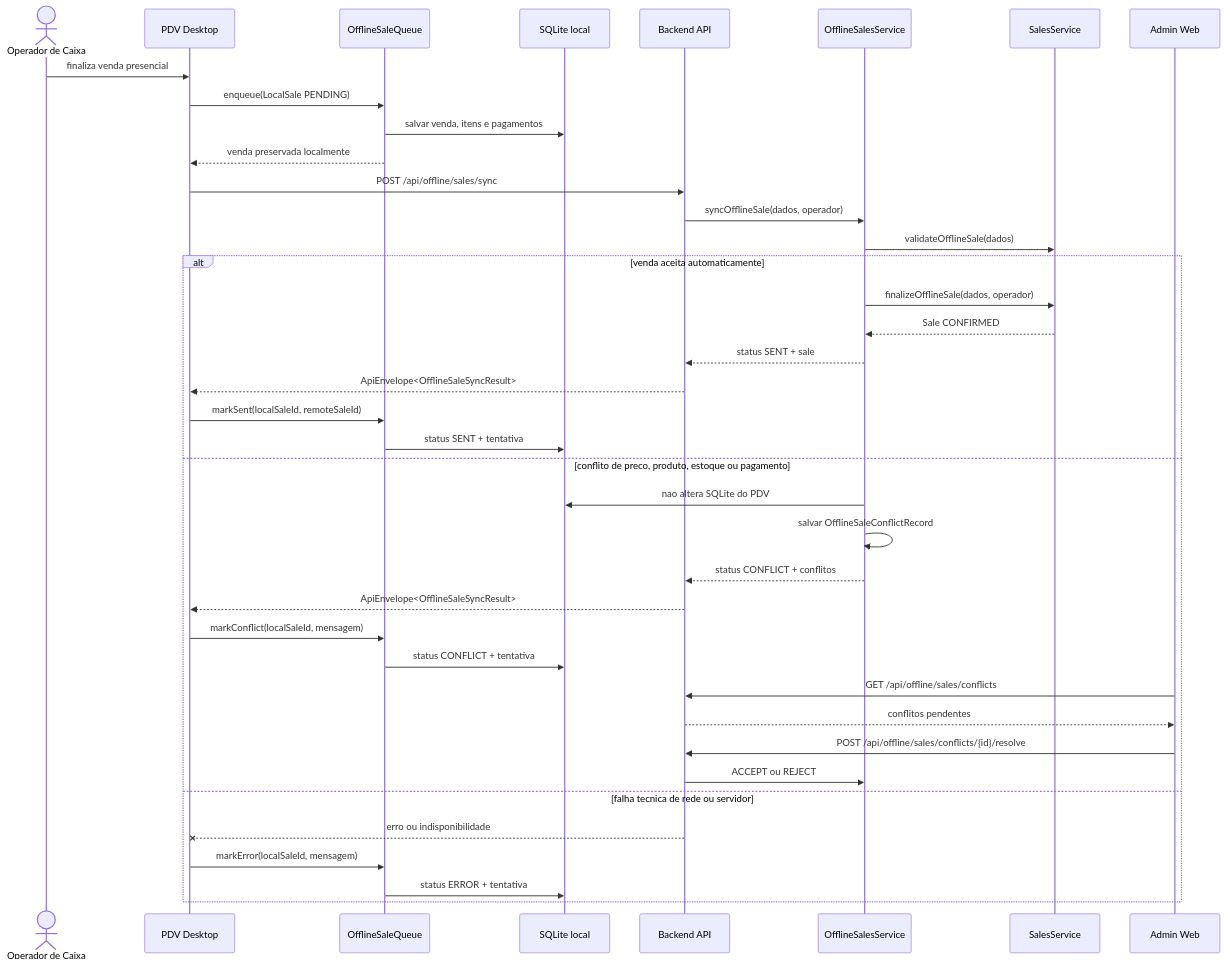
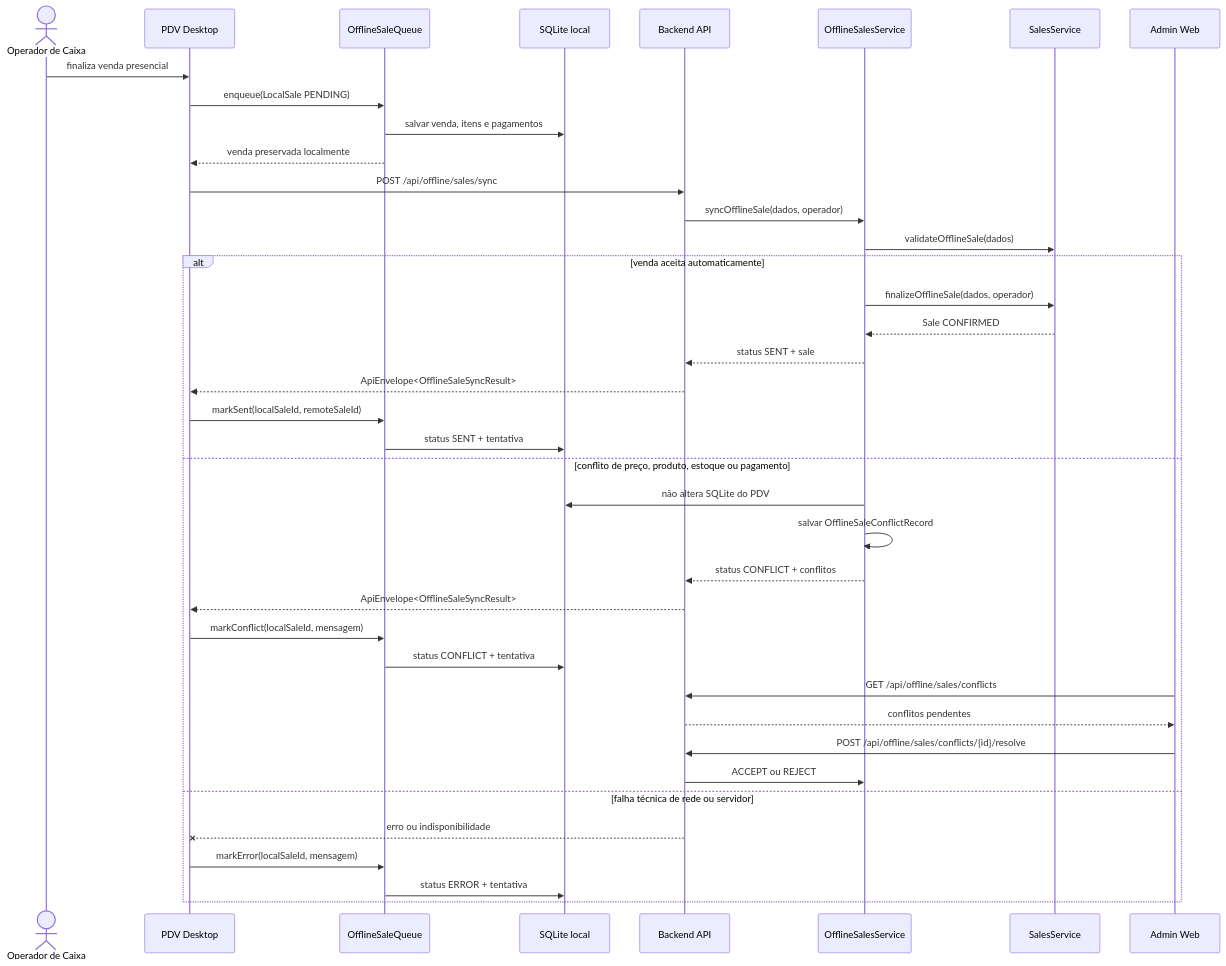
Before and after one commit to Fatech-Ypiranga/Mercado-One-Java: the seventh of 9 diagrams in docs/diagramas.md, drawn with Mermaid. The commit also changed other lines of this file and 27 other files, not shown here.

````diff
--- a/docs/diagramas.md
+++ b/docs/diagramas.md
@@ -468,44 +468,44 @@
 ```mermaid
 sequenceDiagram
     actor Operador as Operador de Caixa
     participant Pdv as PDV Desktop
     participant Queue as OfflineSaleQueue
     participant Sqlite as SQLite local
     participant Api as Backend API
     participant Offline as OfflineSalesService
     participant Sales as SalesService
     participant Admin as Admin Web
 
     Operador->>Pdv: finaliza venda presencial
     Pdv->>Queue: enqueue(LocalSale PENDING)
     Queue->>Sqlite: salvar venda, itens e pagamentos
     Queue-->>Pdv: venda preservada localmente
 
     Pdv->>Api: POST /api/offline/sales/sync
     Api->>Offline: syncOfflineSale(dados, operador)
     Offline->>Sales: validateOfflineSale(dados)
 
     alt venda aceita automaticamente
         Offline->>Sales: finalizeOfflineSale(dados, operador)
         Sales-->>Offline: Sale CONFIRMED
         Offline-->>Api: status SENT + sale
         Api-->>Pdv: ApiEnvelope<OfflineSaleSyncResult>
         Pdv->>Queue: markSent(localSaleId, remoteSaleId)
         Queue->>Sqlite: status SENT + tentativa
-    else conflito de preco, produto, estoque ou pagamento
-        Offline->>Sqlite: nao altera SQLite do PDV
+    else conflito de preço, produto, estoque ou pagamento
+        Offline->>Sqlite: não altera SQLite do PDV
         Offline->>Offline: salvar OfflineSaleConflictRecord
         Offline-->>Api: status CONFLICT + conflitos
         Api-->>Pdv: ApiEnvelope<OfflineSaleSyncResult>
         Pdv->>Queue: markConflict(localSaleId, mensagem)
         Queue->>Sqlite: status CONFLICT + tentativa
         Admin->>Api: GET /api/offline/sales/conflicts
         Api-->>Admin: conflitos pendentes
         Admin->>Api: POST /api/offline/sales/conflicts/{id}/resolve
         Api->>Offline: ACCEPT ou REJECT
-    else falha tecnica de rede ou servidor
+    else falha técnica de rede ou servidor
         Api--xPdv: erro ou indisponibilidade
         Pdv->>Queue: markError(localSaleId, mensagem)
         Queue->>Sqlite: status ERROR + tentativa
     end
 ```
````
